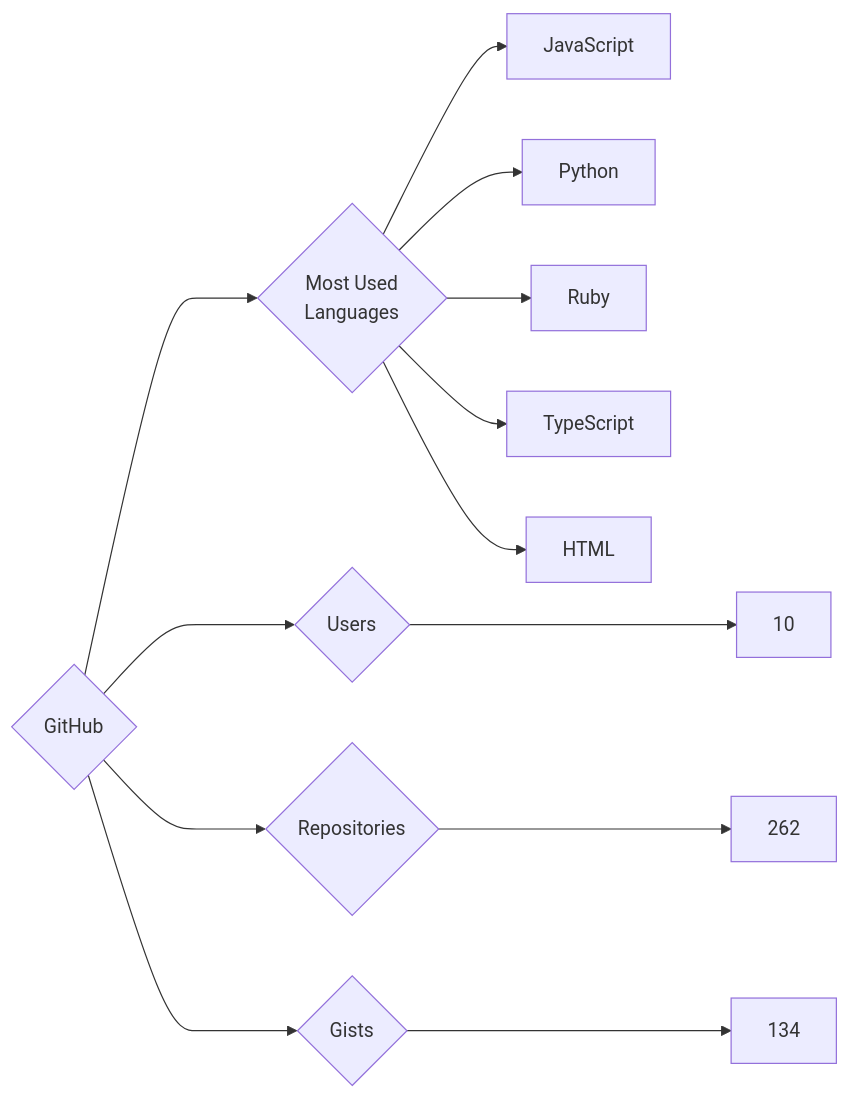
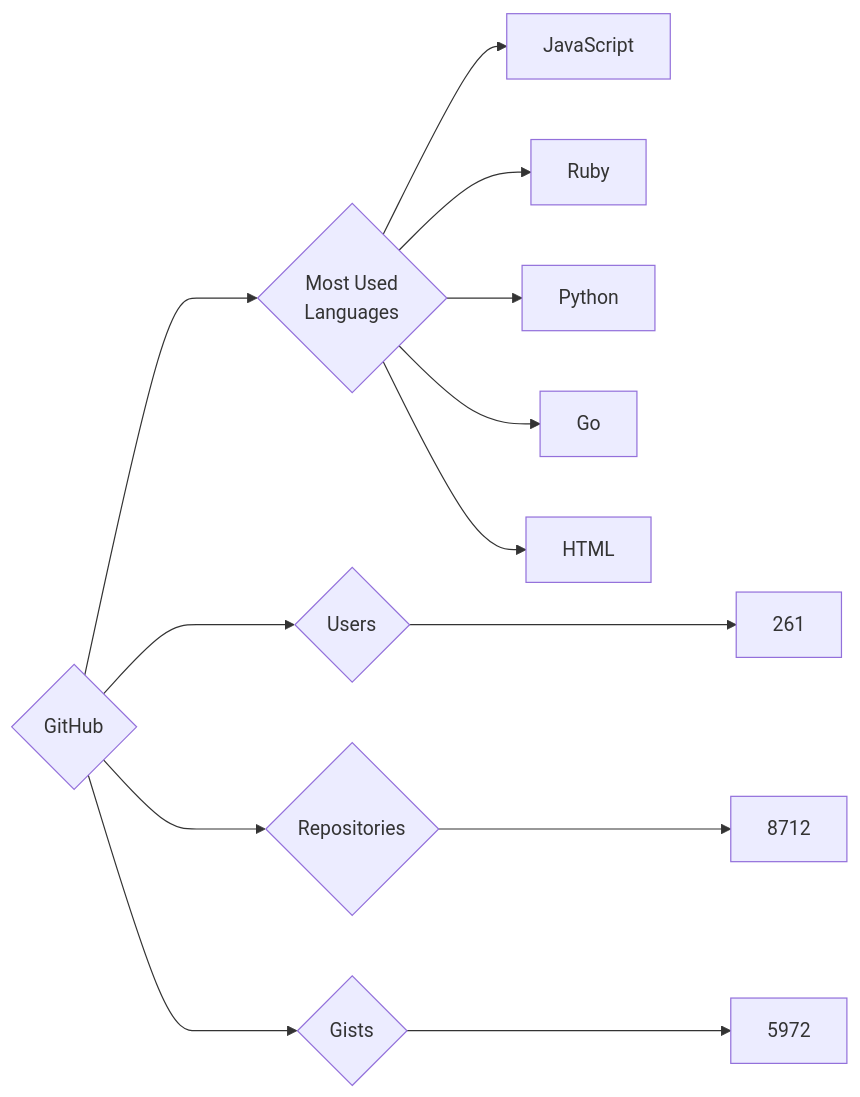
One commit to trickest/insiders changed the diagram in targets/GitHub/README.md. Above: the diagram before and after it, drawn with Mermaid. The commit also changed 657 other files, not shown here.

````diff
--- a/targets/GitHub/README.md
+++ b/targets/GitHub/README.md
@@ -3,13 +3,13 @@
 ```mermaid
 graph LR
 COMPANY_NAME{GitHub}
-COMPANY_NAME ---> U{Users} ---> UN[10]
-COMPANY_NAME ---> R{Repositories} ---> RN[262]
-COMPANY_NAME ---> G{Gists} ---> GN[134]
+COMPANY_NAME ---> U{Users} ---> UN[261]
+COMPANY_NAME ---> R{Repositories} ---> RN[8712]
+COMPANY_NAME ---> G{Gists} ---> GN[5972]
 COMPANY_NAME ---> ML{Most Used<br>Languages}
 ML --> JavaScript[JavaScript]
+ML --> Ruby[Ruby]
 ML --> Python[Python]
-ML --> Ruby[Ruby]
-ML --> TypeScript[TypeScript]
+ML --> Go[Go]
 ML --> HTML[HTML]
 ```
````
